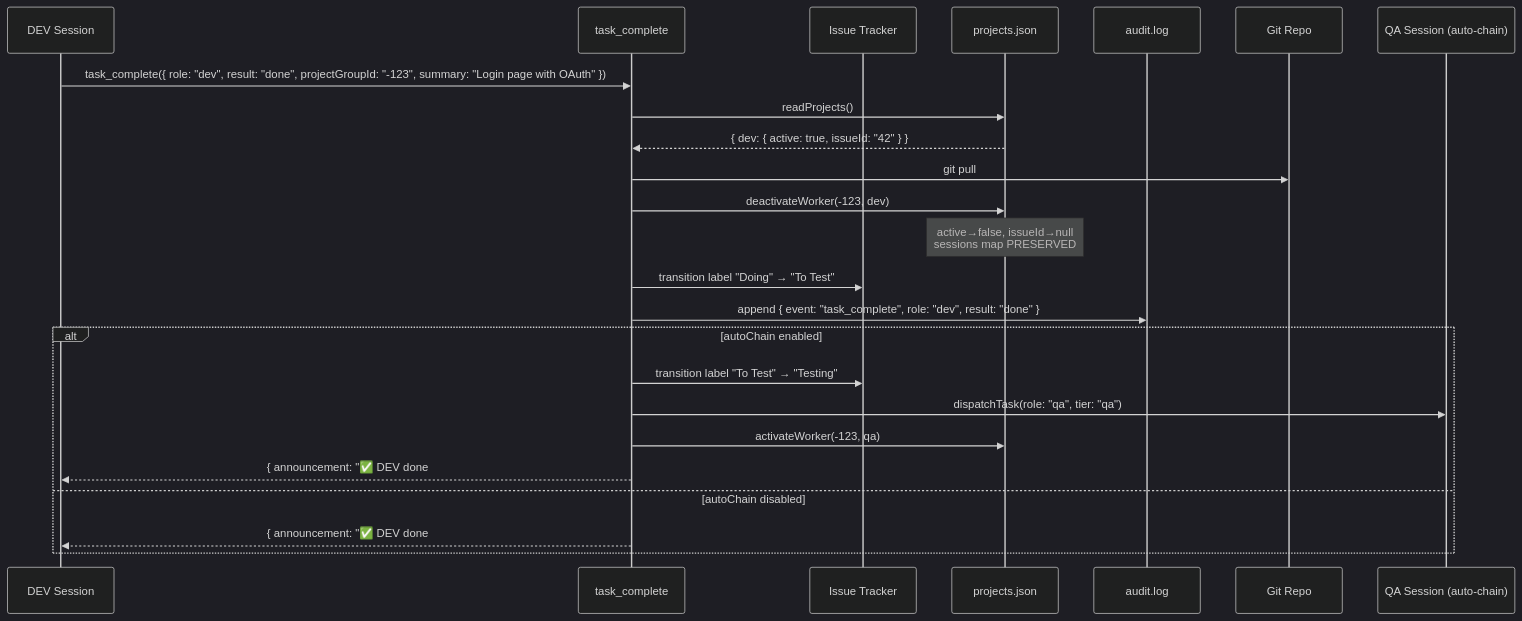
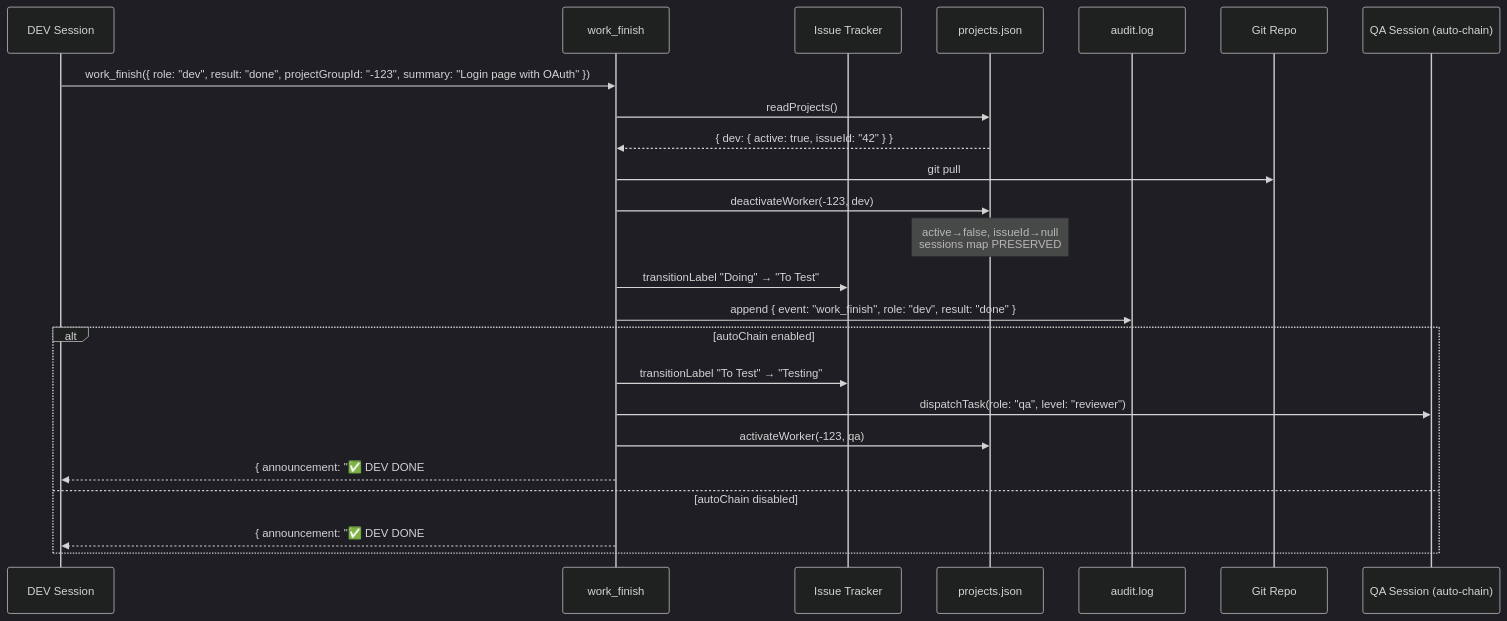
The sixth of 10 diagrams in docs/ARCHITECTURE.md (StrongheartedX/devclaw), drawn with Mermaid (dark theme) before and after one commit. The commit also changed other lines of this file and 10 other files, not shown here.

````diff
--- a/docs/ARCHITECTURE.md
+++ b/docs/ARCHITECTURE.md
@@ -317,28 +317,28 @@
 ```mermaid
 sequenceDiagram
     participant DEV as DEV Session
-    participant TC as task_complete
+    participant WF as work_finish
     participant GL as Issue Tracker
     participant PJ as projects.json
     participant AL as audit.log
     participant REPO as Git Repo
     participant QA as QA Session (auto-chain)
 
-    DEV->>TC: task_complete({ role: "dev", result: "done", projectGroupId: "-123", summary: "Login page with OAuth" })
-    TC->>PJ: readProjects()
-    PJ-->>TC: { dev: { active: true, issueId: "42" } }
-    TC->>REPO: git pull
-    TC->>PJ: deactivateWorker(-123, dev)
+    DEV->>WF: work_finish({ role: "dev", result: "done", projectGroupId: "-123", summary: "Login page with OAuth" })
+    WF->>PJ: readProjects()
+    PJ-->>WF: { dev: { active: true, issueId: "42" } }
+    WF->>REPO: git pull
+    WF->>PJ: deactivateWorker(-123, dev)
     Note over PJ: active→false, issueId→null<br/>sessions map PRESERVED
-    TC->>GL: transition label "Doing" → "To Test"
-    TC->>AL: append { event: "task_complete", role: "dev", result: "done" }
+    WF->>GL: transitionLabel "Doing" → "To Test"
+    WF->>AL: append { event: "work_finish", role: "dev", result: "done" }
 
     alt autoChain enabled
-        TC->>GL: transition label "To Test" → "Testing"
-        TC->>QA: dispatchTask(role: "qa", tier: "qa")
-        TC->>PJ: activateWorker(-123, qa)
-        TC-->>DEV: { announcement: "✅ DEV done #42", autoChain: { dispatched: true, role: "qa" } }
+        WF->>GL: transitionLabel "To Test" → "Testing"
+        WF->>QA: dispatchTask(role: "qa", level: "reviewer")
+        WF->>PJ: activateWorker(-123, qa)
+        WF-->>DEV: { announcement: "✅ DEV DONE #42", autoChain: { dispatched: true, role: "qa" } }
     else autoChain disabled
-        TC-->>DEV: { announcement: "✅ DEV done #42", nextAction: "qa_pickup" }
+        WF-->>DEV: { announcement: "✅ DEV DONE #42", nextAction: "qa_pickup" }
     end
 ```
````
